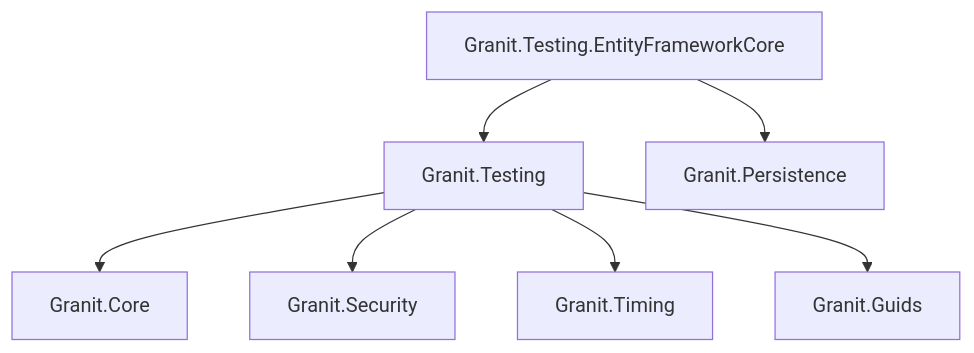
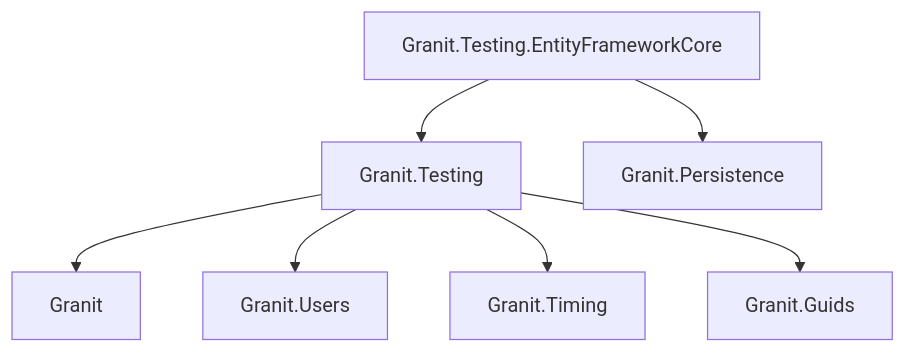
One commit to granit-fx/granit-dotnet changed the diagram in docs-site/src/content/docs/dotnet/guides/testing.mdx. Above: the diagram before and after it, drawn with Mermaid. The commit also changed other lines of this file and 153 other files, not shown here.

````diff
--- a/docs-site/src/content/docs/dotnet/guides/testing.mdx
+++ b/docs-site/src/content/docs/dotnet/guides/testing.mdx
@@ -30,9 +30,9 @@
 ```mermaid
 graph TD
-    T[Granit.Testing] --> C[Granit.Core]
-    T --> S[Granit.Security]
+    T[Granit.Testing] --> C[Granit]
+    T --> S[Granit.Users]
     T --> Ti[Granit.Timing]
     T --> G[Granit.Guids]
     TEF[Granit.Testing.EntityFrameworkCore] --> T
     TEF --> P[Granit.Persistence]
 ```
````
